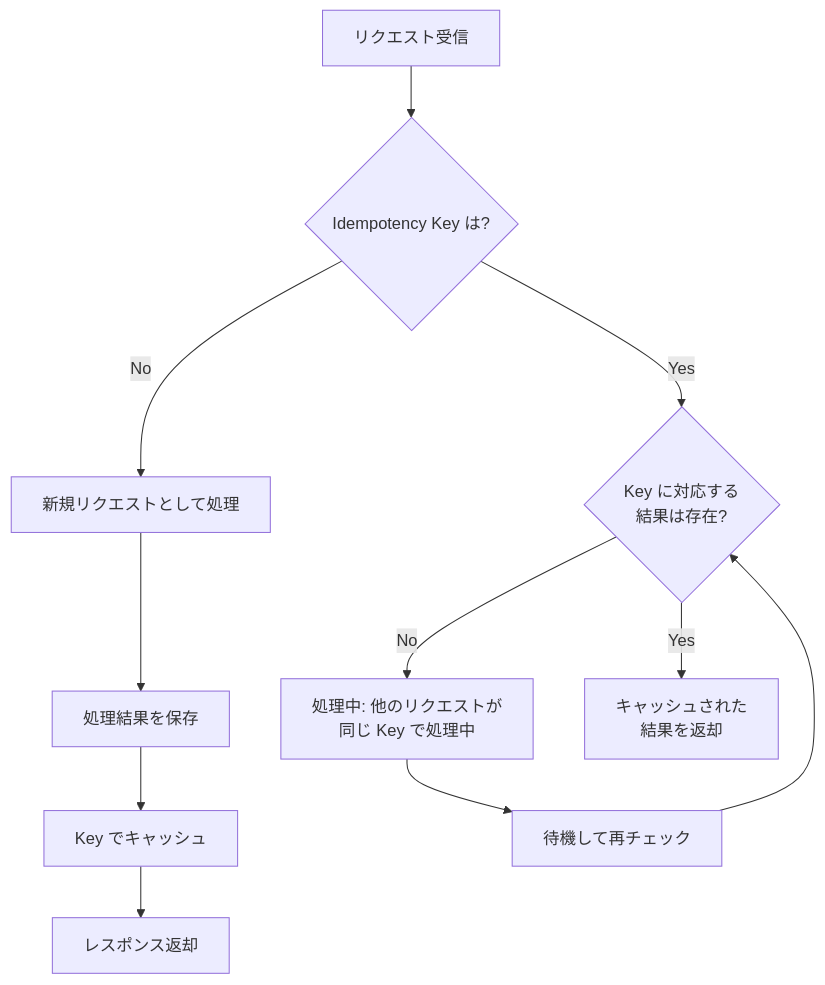
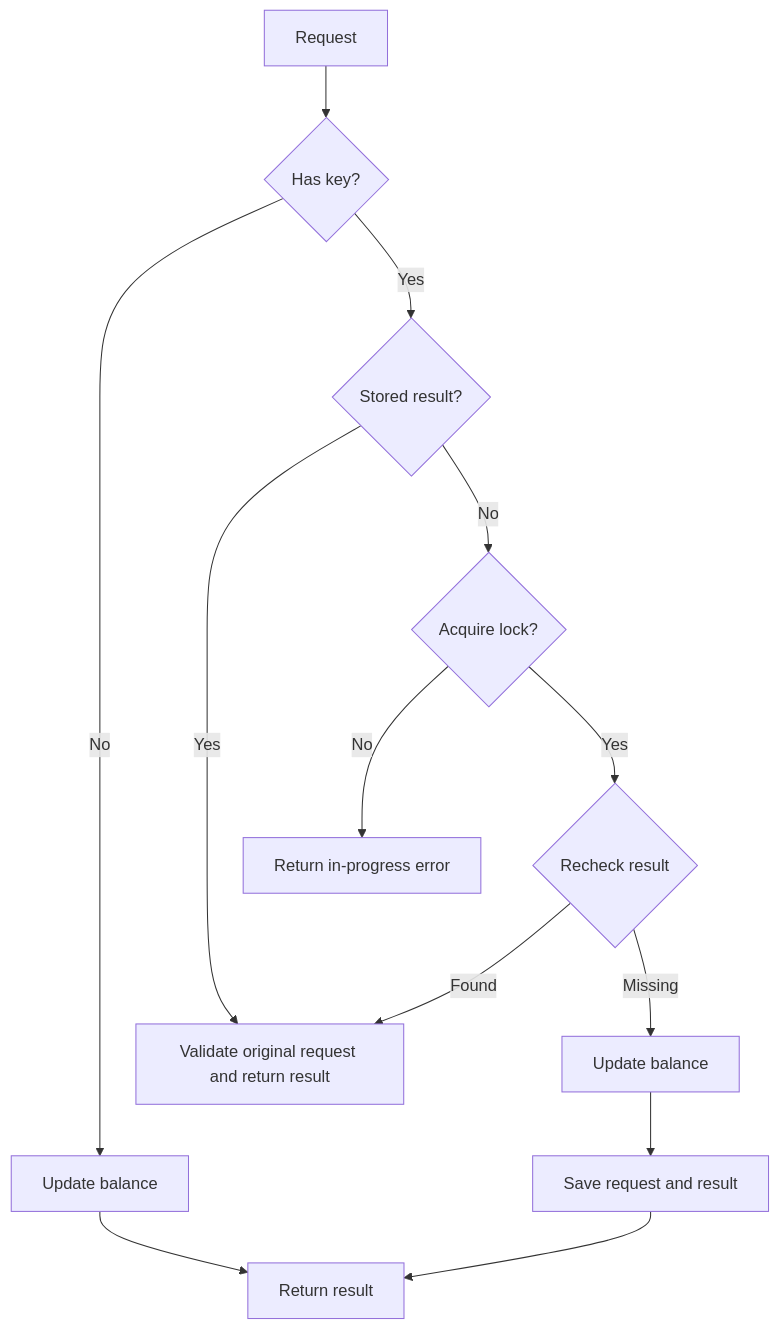
Before and after one commit to sokoide/workshop: the second of 3 diagrams in software/idempotency_ja.md, drawn with Mermaid. The commit also changed other lines of this file and 61 other files, not shown here.

````diff
--- a/software/idempotency_ja.md
+++ b/software/idempotency_ja.md
@@ -89,15 +89,15 @@
 ```mermaid
 flowchart TD
-    A[リクエスト受信] --> B{Idempotency Key は?}
-    B -- No --> C[新規リクエストとして処理]
-    C --> D[処理結果を保存]
-    D --> E[Key でキャッシュ]
-    E --> F[レスポンス返却]
-
-    B -- Yes --> G{Key に対応する<br>結果は存在?}
-    G -- No --> H[処理中: 他のリクエストが<br>同じ Key で処理中]
-    H --> I[待機して再チェック]
-    I --> G
-
-    G -- Yes --> J[キャッシュされた<br>結果を返却]
+    A[Request] --> B{Has key?}
+    B -- No --> C[Update balance]
+    C --> R[Return result]
+    B -- Yes --> D{Stored result?}
+    D -- Yes --> E[Validate original request and return result]
+    D -- No --> F{Acquire lock?}
+    F -- No --> G[Return in-progress error]
+    F -- Yes --> H{Recheck result}
+    H -- Found --> E
+    H -- Missing --> I[Update balance]
+    I --> J[Save request and result]
+    J --> R
 ```
````
